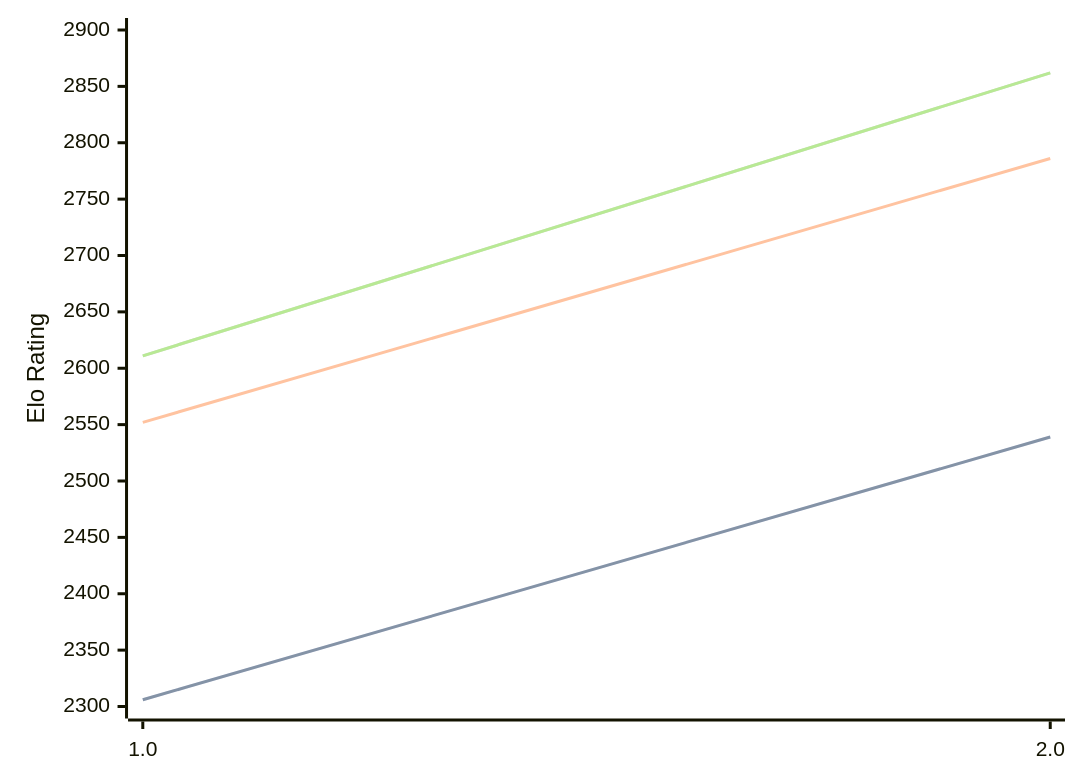
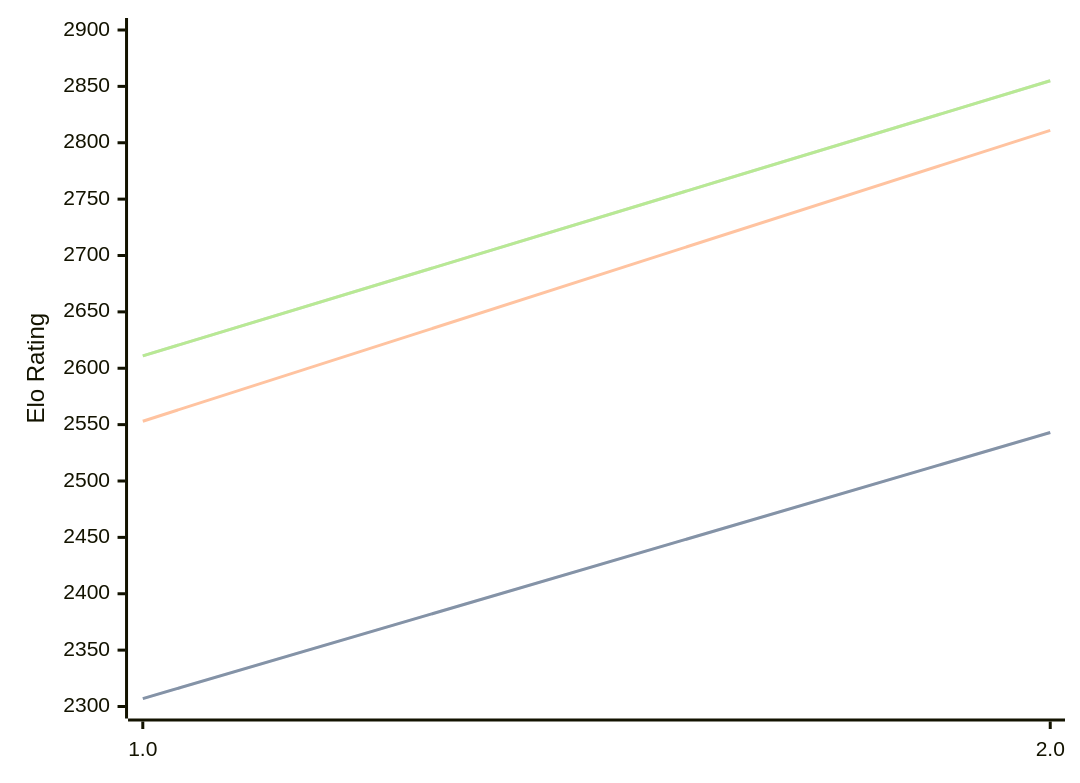
One commit to computer-chess-index/cci changed the diagram in engines/Revolver.md. Above: the diagram before and after it, drawn with Mermaid. The commit also changed other lines of this file, not shown here.

Commit message:
Update CCI Ratings (ELO VLTC) - 2026-05-04

````diff
--- a/engines/Revolver.md
+++ b/engines/Revolver.md
@@ -32,11 +32,11 @@
 ```mermaid
 %%{init: {"theme":"base","themeVariables":{"seriesColors:['#a3a3a3','#222221','#faa371']}}}%%
 xychart-beta
   x-axis ["1.0", "2.0"]
   y-axis "Elo Rating" 2300 --> 2900
-  line "STC (8.0+0.08s)" [2306, 2539]
-  line "STC (8.0+0.08s)" [2306, 2539]
-  line "LTC (60.0+0.60s)" [2552, 2786]
-  line "VLTC (2m24s+1.12s)" [2611, 2862]
-  line "VLTC (2m24s+1.12s)" [2611, 2862]
+  line "STC (8.0+0.08s)" [2307, 2543]
+  line "STC (8.0+0.08s)" [2307, 2543]
+  line "LTC (60.0+0.60s)" [2553, 2811]
+  line "VLTC (2m24s+1.12s)" [2611, 2855]
+  line "VLTC (2m24s+1.12s)" [2611, 2855]
 ```
````
